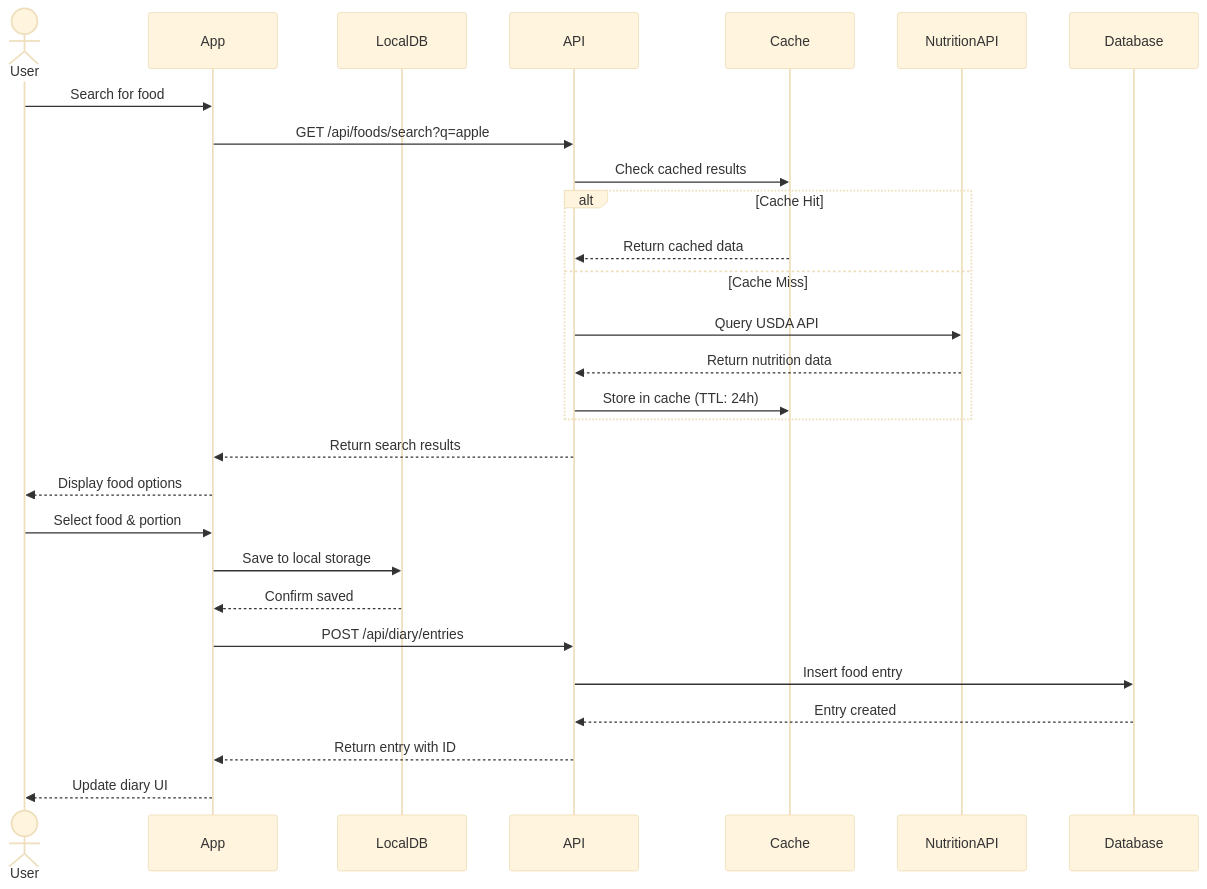
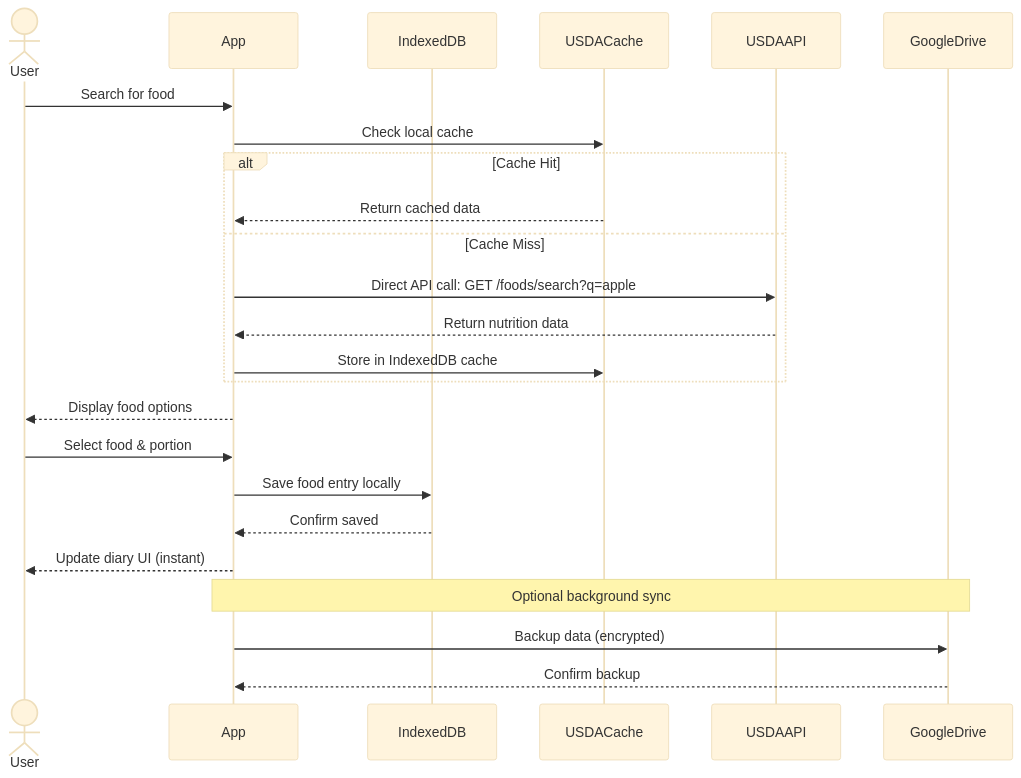
The second of 9 diagrams in project/ARCHITECTURE.md (mydesignbuddy/Keyston), drawn with Mermaid (base theme) before and after one commit. The commit also changed other lines of this file and 3 other files, not shown here.

Commit message:
Update architecture to privacy-first Ionic+React with no backend

````diff
--- a/project/ARCHITECTURE.md
+++ b/project/ARCHITECTURE.md
@@ -123,36 +102,32 @@
 ```mermaid
 sequenceDiagram
     actor User
     participant App
-    participant LocalDB
-    participant API
-    participant Cache
-    participant NutritionAPI
-    participant Database
+    participant IndexedDB
+    participant USDACache
+    participant USDAAPI
+    participant GoogleDrive
     
     User->>App: Search for food
-    App->>API: GET /api/foods/search?q=apple
-    API->>Cache: Check cached results
+    App->>USDACache: Check local cache
     
     alt Cache Hit
-        Cache-->>API: Return cached data
+        USDACache-->>App: Return cached data
     else Cache Miss
-        API->>NutritionAPI: Query USDA API
-        NutritionAPI-->>API: Return nutrition data
-        API->>Cache: Store in cache (TTL: 24h)
+        App->>USDAAPI: Direct API call: GET /foods/search?q=apple
+        USDAAPI-->>App: Return nutrition data
+        App->>USDACache: Store in IndexedDB cache
     end
     
-    API-->>App: Return search results
     App-->>User: Display food options
     
     User->>App: Select food & portion
-    App->>LocalDB: Save to local storage
-    LocalDB-->>App: Confirm saved
+    App->>IndexedDB: Save food entry locally
+    IndexedDB-->>App: Confirm saved
     
-    App->>API: POST /api/diary/entries
-    API->>Database: Insert food entry
-    Database-->>API: Entry created
-    API-->>App: Return entry with ID
+    App-->>User: Update diary UI (instant)
     
-    App-->>User: Update diary UI
+    Note over App,GoogleDrive: Optional background sync
+    App->>GoogleDrive: Backup data (encrypted)
+    GoogleDrive-->>App: Confirm backup
 ```
````
